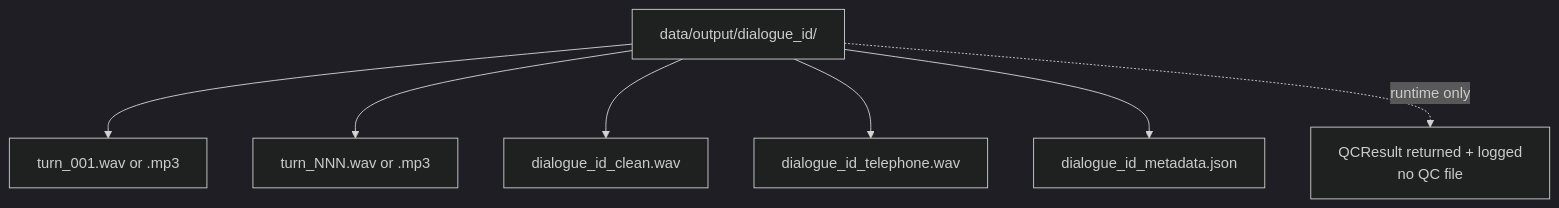
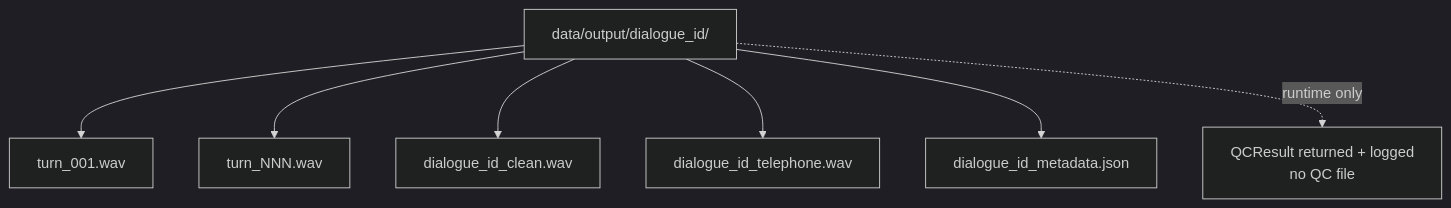
Before and after one commit to Li-PengSheng/5703tts: the fifth of 6 diagrams in docs/PROJECT_WALKTHROUGH_CN.md, drawn with Mermaid (dark theme). The commit also changed other lines of this file and 21 other files, not shown here.

````diff
--- a/docs/PROJECT_WALKTHROUGH_CN.md
+++ b/docs/PROJECT_WALKTHROUGH_CN.md
@@ -630,9 +619,9 @@
 ```mermaid
 flowchart TD
-    D[data/output/dialogue_id/] --> T1[turn_001.wav or .mp3]
-    D --> TN[turn_NNN.wav or .mp3]
+    D[data/output/dialogue_id/] --> T1[turn_001.wav]
+    D --> TN[turn_NNN.wav]
     D --> C[dialogue_id_clean.wav]
     D --> P[dialogue_id_telephone.wav]
     D --> M[dialogue_id_metadata.json]
     D -. runtime only .-> Q[QCResult returned + logged<br/>no QC file]
 ```
````
